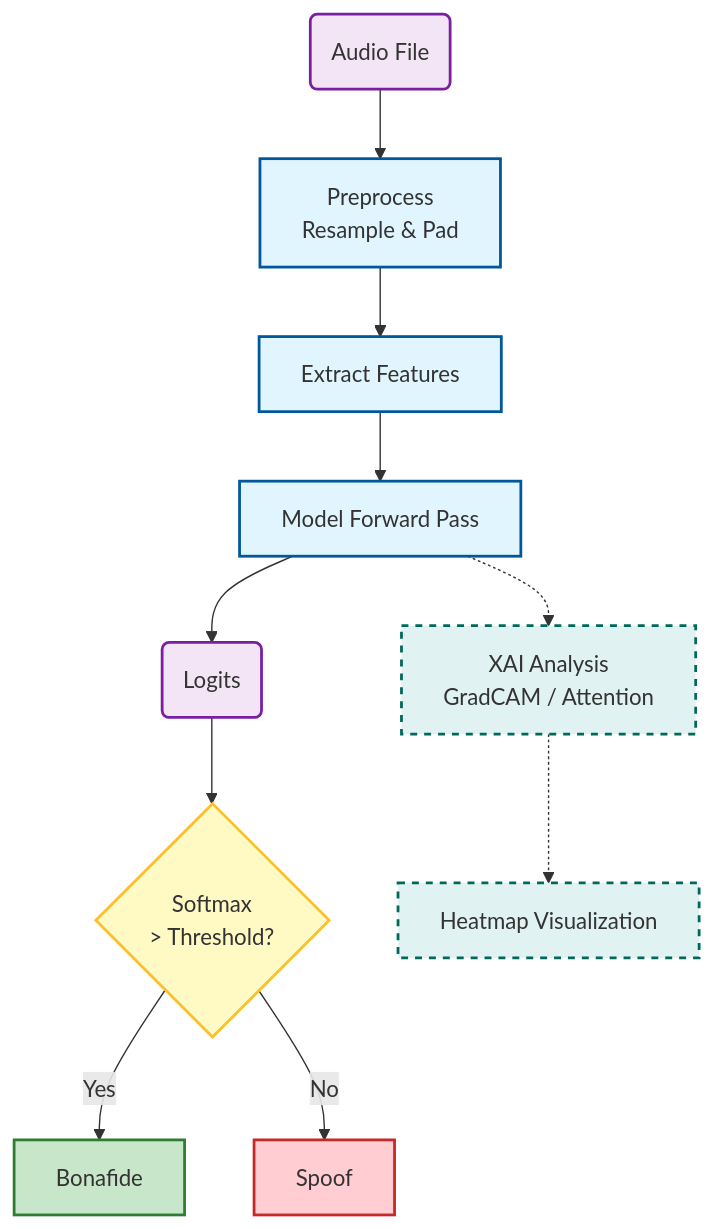
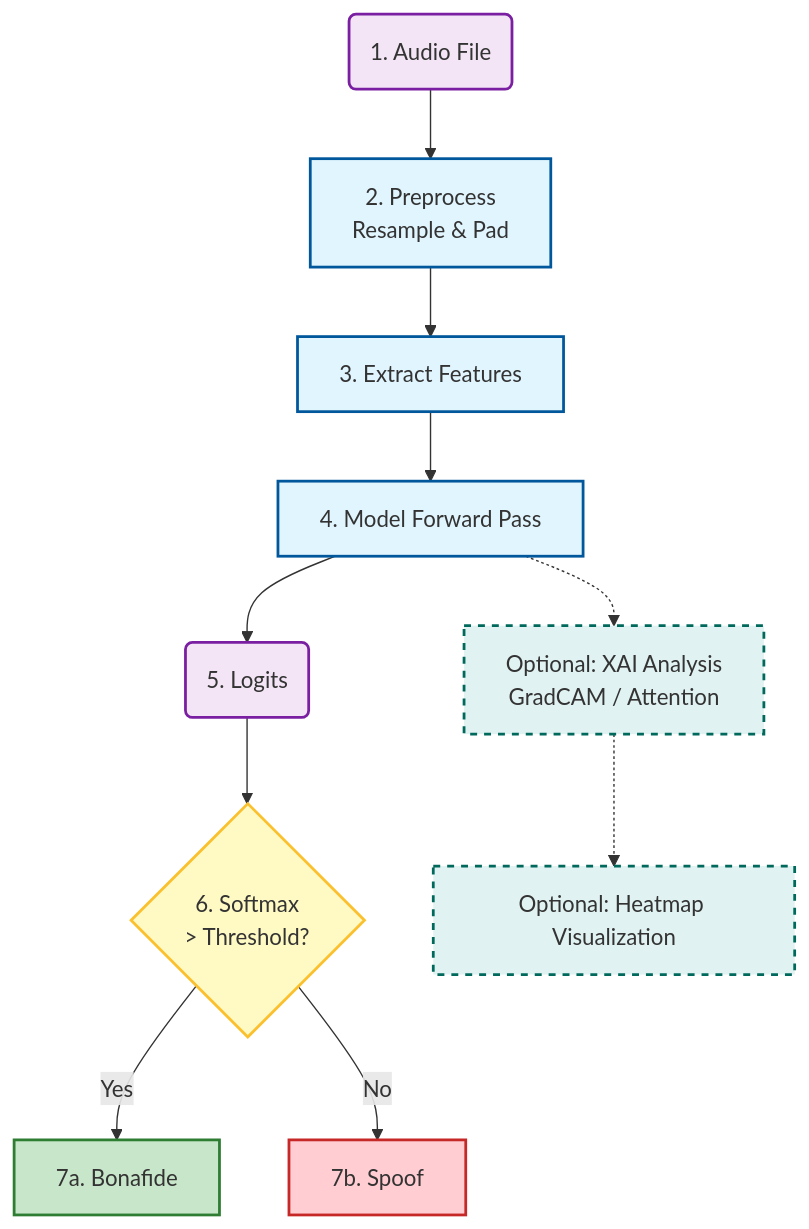
Before and after one commit to gkibria121/ai-voice-detector: the fourth of 5 diagrams in docs/methodology.md, drawn with Mermaid. The commit also changed other lines of this file, not shown here.

Commit message:
docs: Revise methodology documentation with enhanced flowcharts and detailed section descriptions

````diff
--- a/docs/methodology.md
+++ b/docs/methodology.md
@@ -100,35 +210,35 @@
 ```mermaid
 flowchart TD
     %% Inference Pipeline Flowchart
     classDef process fill:#e1f5fe,stroke:#01579b,stroke-width:2px
     classDef decision fill:#fff9c4,stroke:#fbc02d,stroke-width:2px
     classDef storage fill:#f3e5f5,stroke:#7b1fa2,stroke-width:2px
     classDef success fill:#c8e6c9,stroke:#2e7d32,stroke-width:2px
     classDef warning fill:#ffcdd2,stroke:#c62828,stroke-width:2px
     classDef xai fill:#e0f2f1,stroke:#00695c,stroke-width:2px,stroke-dasharray: 5 5
-    
-    Input(Audio File):::storage
-    Prep["Preprocess<br/>Resample & Pad"]:::process
-    Feat[Extract Features]:::process
-    Model[Model Forward Pass]:::process
-    Logits(Logits):::storage
-    Soft{"Softmax<br/>> Threshold?"}:::decision
-    
-    Real[Bonafide]:::success
-    Fake[Spoof]:::warning
-    
-    XAI["XAI Analysis<br/>GradCAM / Attention"]:::xai
-    Vis[Heatmap Visualization]:::xai
-    
+
+    Input("1. Audio File"):::storage
+    Prep["2. Preprocess<br/>Resample & Pad"]:::process
+    Feat["3. Extract Features"]:::process
+    Model["4. Model Forward Pass"]:::process
+    Logits("5. Logits"):::storage
+    Soft{"6. Softmax<br/>> Threshold?"}:::decision
+
+    Real["7a. Bonafide"]:::success
+    Fake["7b. Spoof"]:::warning
+
+    XAI["Optional: XAI Analysis<br/>GradCAM / Attention"]:::xai
+    Vis["Optional: Heatmap Visualization"]:::xai
+
     Input --> Prep
     Prep --> Feat
     Feat --> Model
     Model --> Logits
     Logits --> Soft
-    
+
     Soft -->|Yes| Real
     Soft -->|No| Fake
-    
+
     Model -.-> XAI
     XAI -.-> Vis
 ```
````
